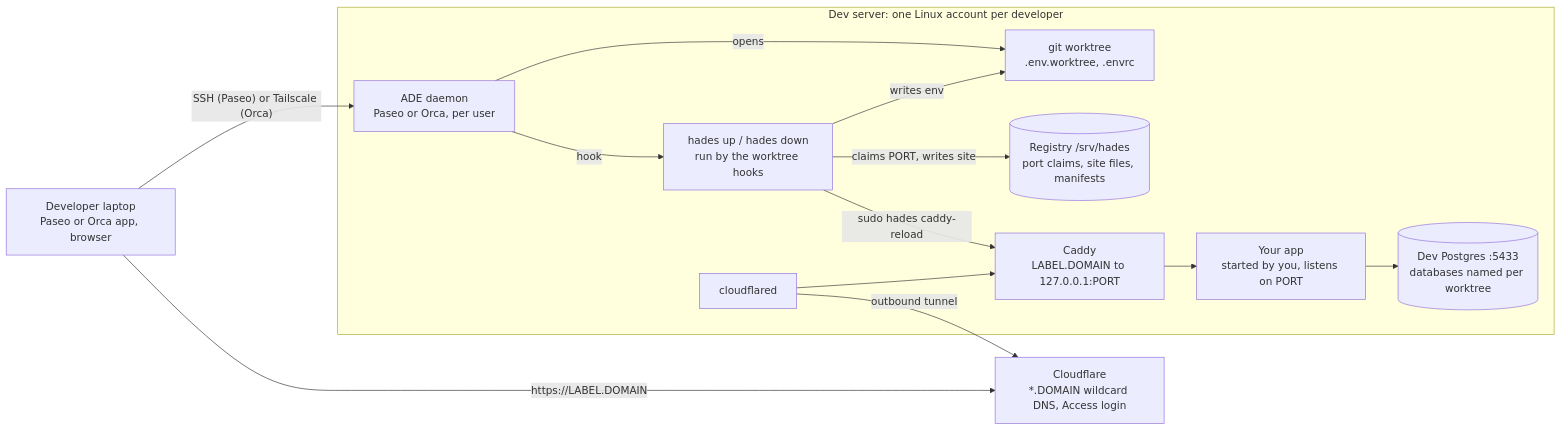
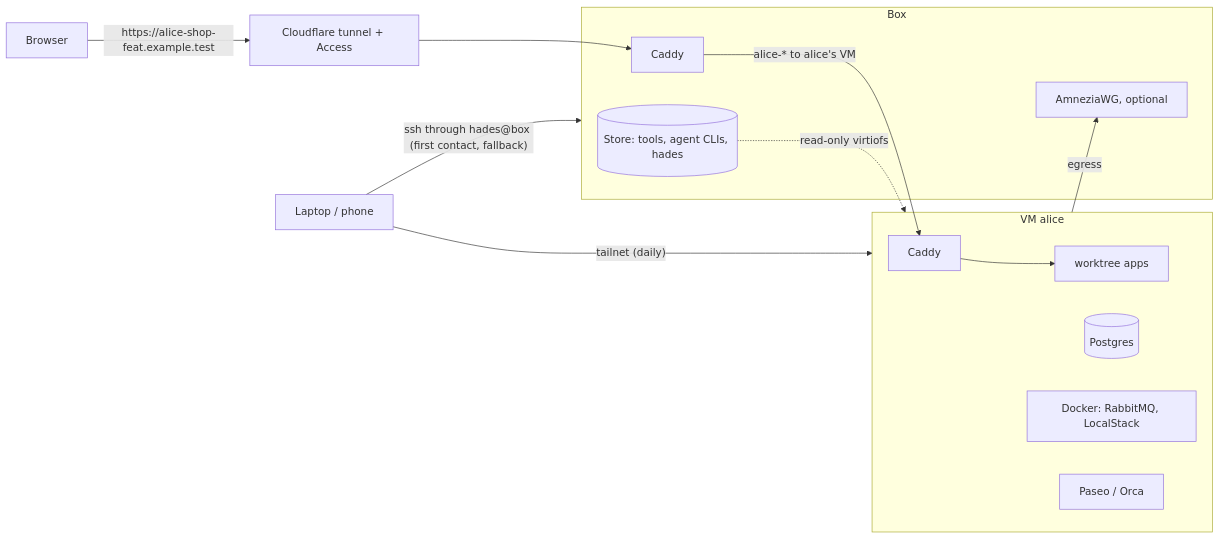
Before and after one commit to quotedo/hades: the diagram in README.md, drawn with Mermaid. The commit also changed other lines of this file and 7 other files, not shown here.

Commit message:
docs: one VM per developer

````diff
--- a/README.md
+++ b/README.md
@@ -28,26 +24,21 @@
 ```mermaid
 flowchart LR
-  laptop["Developer laptop<br/>Paseo or Orca app, browser"]
-  cf["Cloudflare<br/>*.DOMAIN wildcard DNS, Access login"]
-  laptop -- "SSH (Paseo) or Tailscale (Orca)" --> ade
-  laptop -- "https://LABEL.DOMAIN" --> cf
-  cfd -- "outbound tunnel" --> cf
-  subgraph server["Dev server: one Linux account per developer"]
-    ade["ADE daemon<br/>Paseo or Orca, per user"]
-    wt["git worktree<br/>.env.worktree, .envrc"]
-    cli["hades up / hades down<br/>run by the worktree hooks"]
-    reg[("Registry /srv/hades<br/>port claims, site files, manifests")]
-    caddy["Caddy<br/>LABEL.DOMAIN to 127.0.0.1:PORT"]
-    cfd["cloudflared"]
-    app["Your app<br/>started by you, listens on PORT"]
-    pg[("Dev Postgres :5433<br/>databases named per worktree")]
-    ade -- "opens" --> wt
-    ade -- "hook" --> cli
-    cli -- "claims PORT, writes site" --> reg
-    cli -- "writes env" --> wt
-    cli -- "sudo hades caddy-reload" --> caddy
-    cfd --> caddy
-    caddy --> app
-    app --> pg
+  subgraph box["Box"]
+    hcaddy["Caddy"]
+    store[("Store: tools, agent CLIs, hades")]
+    vpn["AmneziaWG, optional"]
   end
+  subgraph vm["VM alice"]
+    vcaddy["Caddy"] --> app["worktree apps"]
+    pg[("Postgres")]
+    docker["Docker: RabbitMQ, LocalStack"]
+    ade["Paseo / Orca"]
+  end
+  laptop["Laptop / phone"] -- "tailnet (daily)" --> vm
+  laptop -- "ssh through hades@box (first contact, fallback)" --> box
+  browser["Browser"] -- "https://alice-shop-feat.example.test" --> cf["Cloudflare tunnel + Access"]
+  cf --> hcaddy
+  hcaddy -- "alice-* to alice's VM" --> vcaddy
+  store -. "read-only virtiofs" .-> vm
+  vm -- "egress" --> vpn
 ```
````
